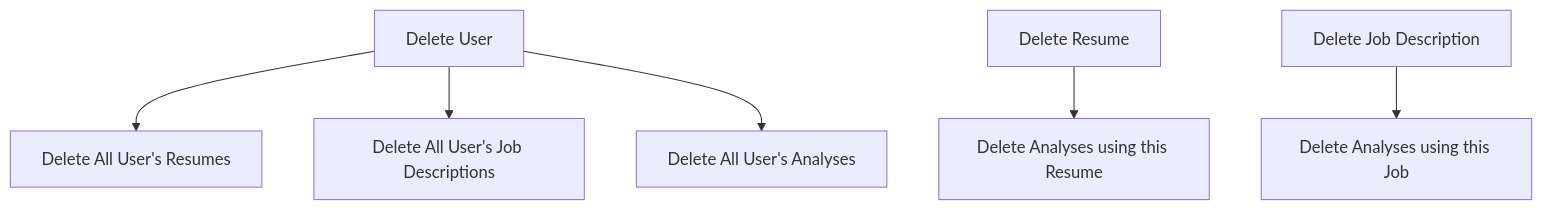
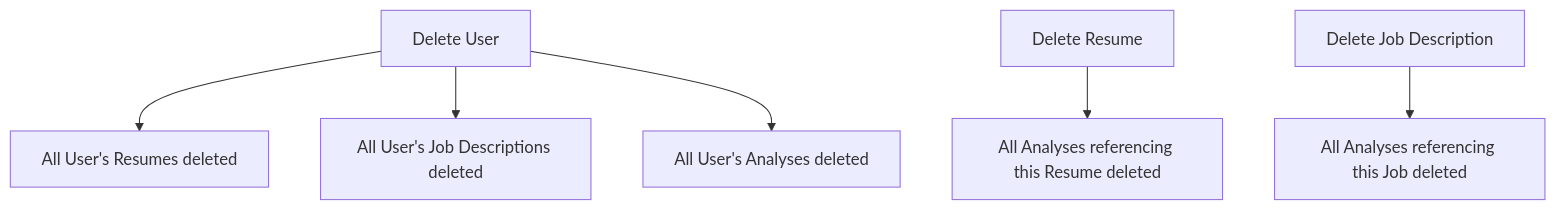
The fourth of 4 diagrams in Docs/DATABASE.md (LAIBAASIM555/AI-powered-Resume-Optimization-and-Job-Description-Alignment-SaaS-Application), drawn with Mermaid before and after one commit. The commit also changed other lines of this file and 6 other files, not shown here.

````diff
--- a/Docs/DATABASE.md
+++ b/Docs/DATABASE.md
@@ -285,9 +332,9 @@
 ```mermaid
 flowchart TD
-    A[Delete User] --> B[Delete All User's Resumes]
-    A --> C[Delete All User's Job Descriptions]
-    A --> D[Delete All User's Analyses]
-    
-    E[Delete Resume] --> F[Delete Analyses using this Resume]
-    G[Delete Job Description] --> H[Delete Analyses using this Job]
+    A[Delete User] --> B[All User's Resumes deleted]
+    A --> C[All User's Job Descriptions deleted]
+    A --> D[All User's Analyses deleted]
+
+    E[Delete Resume] --> F[All Analyses referencing this Resume deleted]
+    G[Delete Job Description] --> H[All Analyses referencing this Job deleted]
 ```
````
